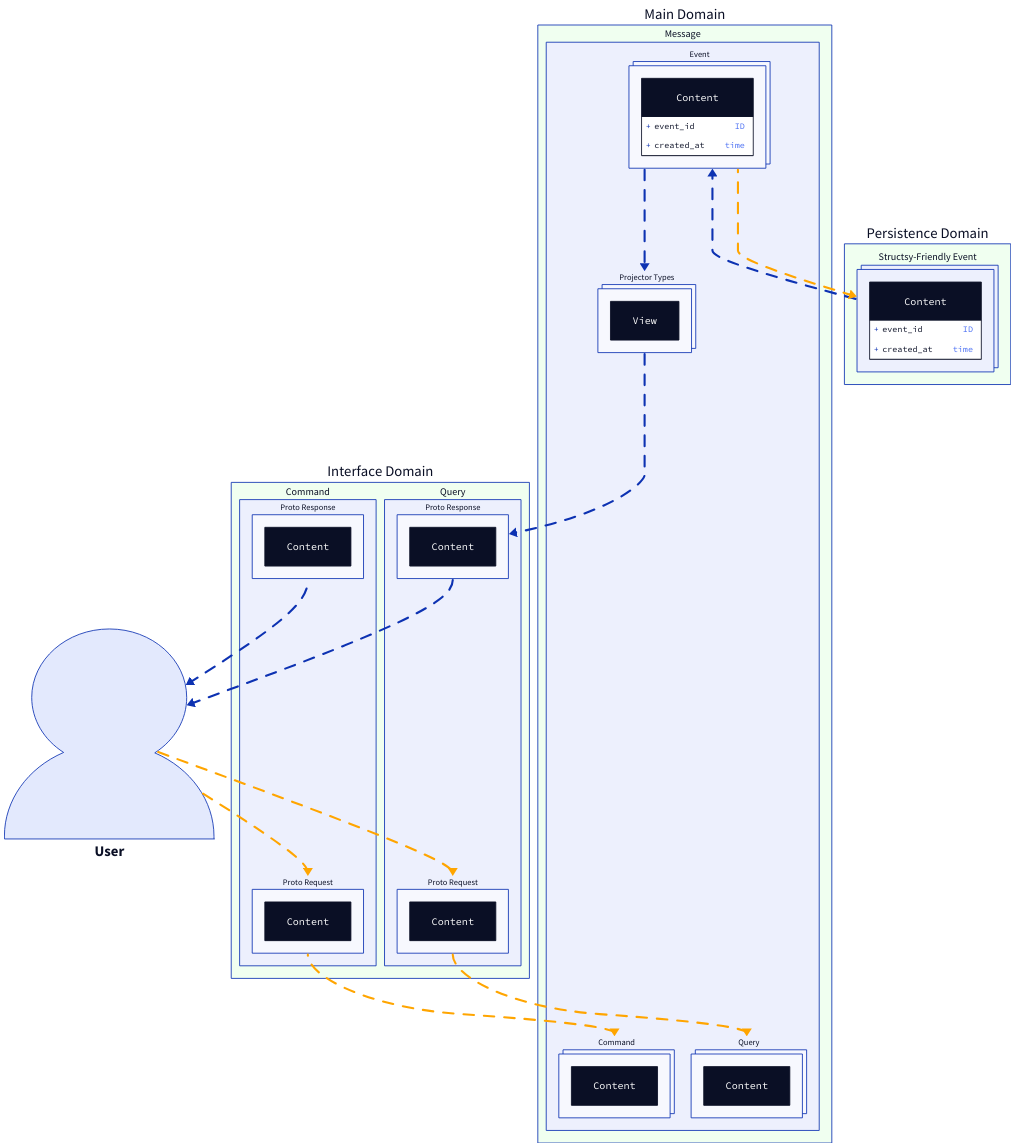
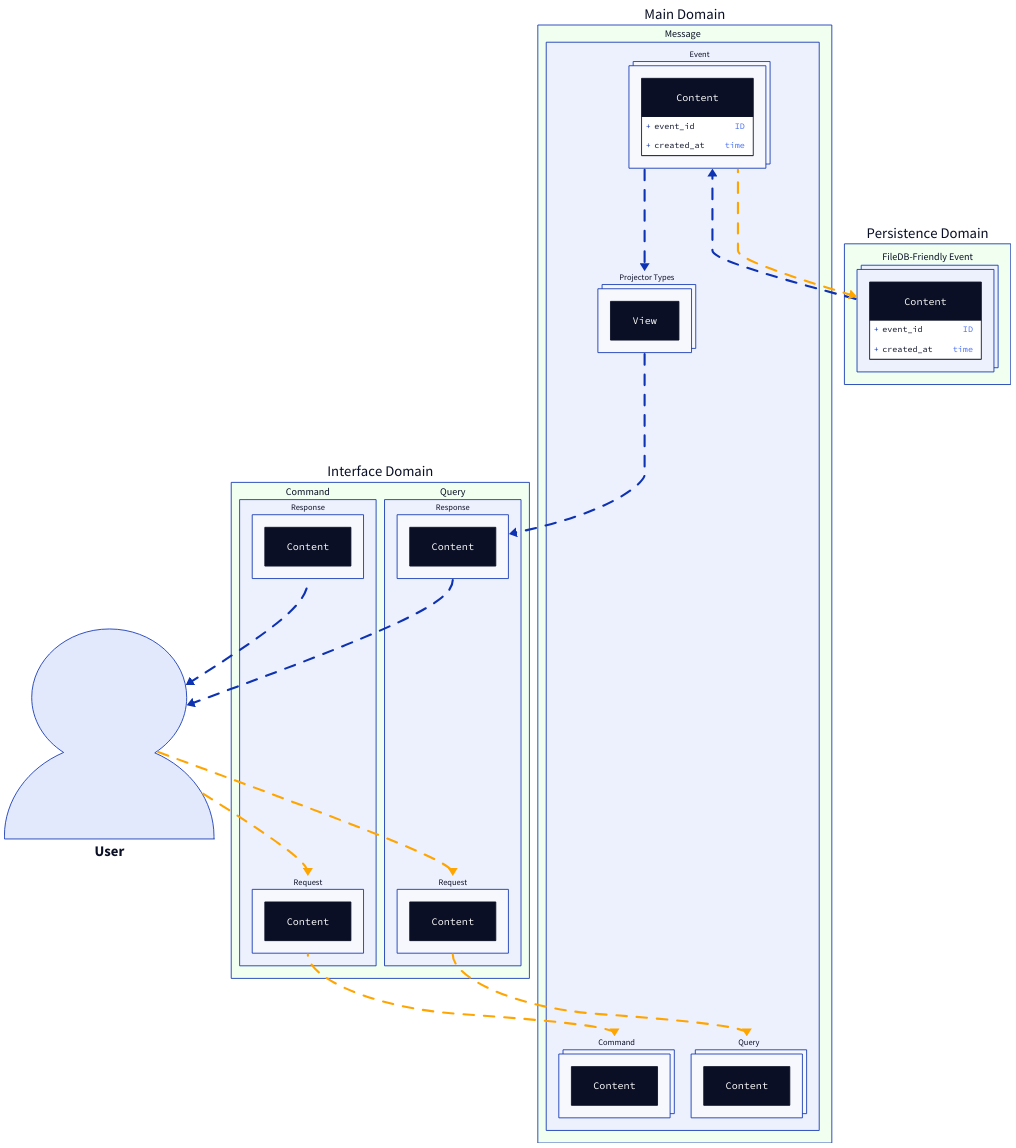
One commit to prmadev/soapberry changed the diagram in docs/src/assets/graphs/semantical.d2. Above: the diagram before and after it, drawn with D2. The commit also changed 8 other files, not shown here.

```diff
--- a/docs/src/assets/graphs/semantical.d2
+++ b/docs/src/assets/graphs/semantical.d2
@@ -1,160 +1,160 @@
 direction: down
 
 
 mdomain: Main Domain {
 	style.font-size: 35
 	style.fill: honeydew
 }
 
 
 mdomain.msg: Message {
 	projector: Projector Types {
 	style.multiple: true
 		view: View {
 			shape: class
 		}
 		
 	}
 }
 
 mdomain.msg.event: Event {
 	style.multiple: true
 
 	content: Content {
 		shape: class
 		event_id: ID
 		created_at: time
 	}
 	
 }
 mdomain.msg.event -> mdomain.msg.projector  {
 	style.animated: true
 	style.stroke-width: 5
 }
 
 mdomain.msg.command: Command {
 	style.multiple: true
 
 	content: Content {
 		shape: class
 	}
 	
 }
 
 mdomain.msg.query: Query {
 	style.multiple: true
 
 	content: Content {
 		shape: class
 	}
 	
 }
 
 
 pdomain: Persistence Domain {
 	style.font-size: 35
 	style.fill: honeydew
 }
 
-pdomain.structsy: Structsy-Friendly Event {
+pdomain.filedb: FileDB-Friendly Event {
 	style.multiple: true
 
 	content: Content {
 		shape: class
 		event_id: ID
 		created_at: time
 	}
 
 }
 
-pdomain.structsy -> mdomain.msg.event {
+pdomain.filedb -> mdomain.msg.event {
 	style.animated: true
 	style.stroke-width: 5
 }
 
-pdomain.structsy <- mdomain.msg.event {
+pdomain.filedb <- mdomain.msg.event {
 	style.animated: true
 	style.stroke: orange 
 	style.stroke-width: 5
 }
 
 idomain: Interface Domain {
 	style.font-size: 35
 	style.fill: honeydew
 
 	command: Command {
-		protoreq: Proto Request {
+		req: Request {
 			content: Content {
 				shape: class
 			}
 		}		
 
-		protores: Proto Response {
+		res: Response {
 			content: Content {
 				shape: class
 			}
 		}		
 	} 
 
 	query: Query {
-		protoreq: Proto Request {
+		req:  Request {
 			content: Content {
 				shape: class
 			}
 		}		
-		protores: Proto Response {
+		res: Response {
 			content: Content {
 				shape: class
 			}
 		}		
 		
 	}
 }
 
-mdomain.msg.command <- idomain.command.protoreq {
+mdomain.msg.command <- idomain.command.req {
 	style.animated: true
 	style.stroke: orange
 	style.stroke-width: 5
 }
 
-mdomain.msg.query <- idomain.query.protoreq {
+mdomain.msg.query <- idomain.query.req {
 	style.animated: true
 	style.stroke: orange
 	style.stroke-width: 5
 }
 
 user: User {
 	shape: person
 	height: 500
 	width: 500
 	style.font-size: 35
 } 
 
-user -> idomain.query.protoreq {
+user -> idomain.query.req {
 	style.animated: true
 	style.stroke: orange
 	style.stroke-width: 5
 }
 
-user -> idomain.command.protoreq {
+user -> idomain.command.req {
 	style.animated: true
 	style.stroke: orange
 	style.stroke-width: 5
 }
 
-user <- idomain.query.protores {
+user <- idomain.query.res {
 	style.animated: true
 	style.stroke-width: 5
 }
 
 
-mdomain.msg.projector -> idomain.query.protores {
+mdomain.msg.projector -> idomain.query.res {
 	style.animated: true
 	style.stroke-width: 5
 }
 
 
-user <- idomain.command.protores {
+user <- idomain.command.res {
 	style.animated: true
 	style.stroke-width: 5
 }
```
